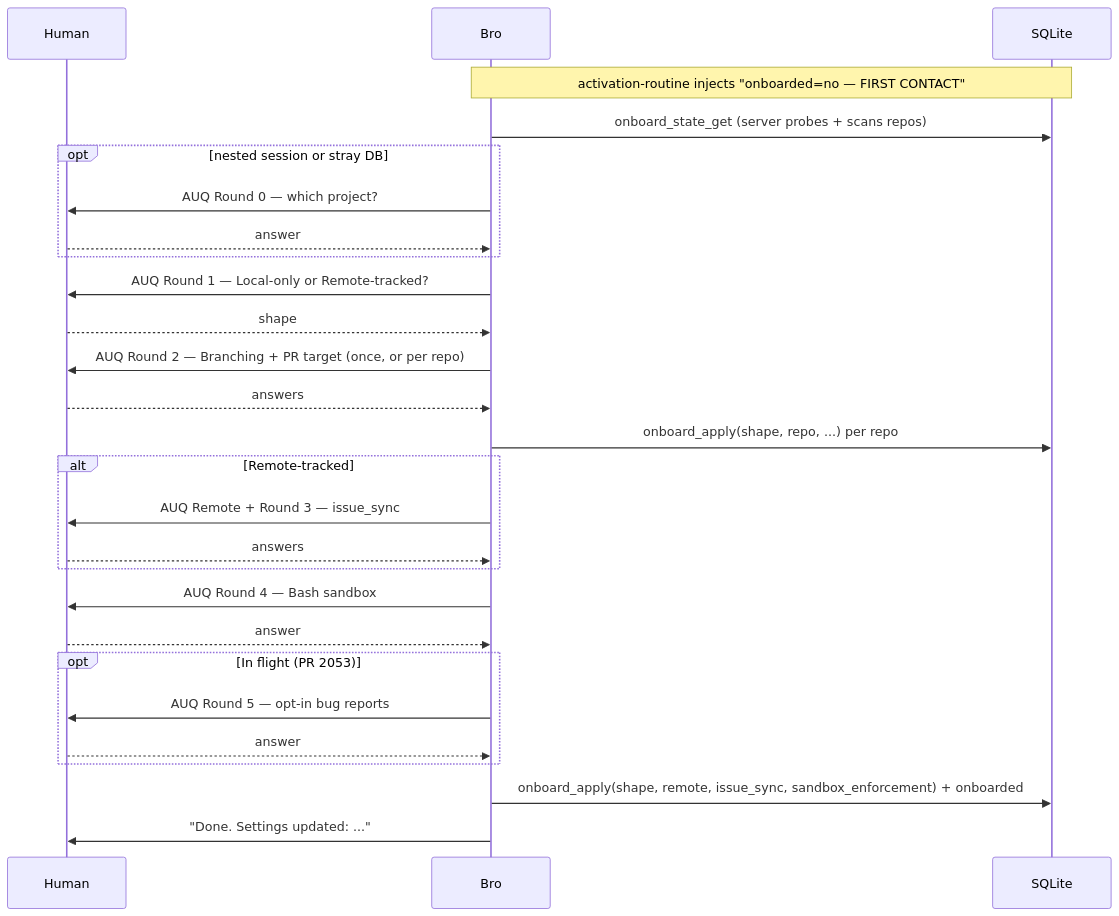
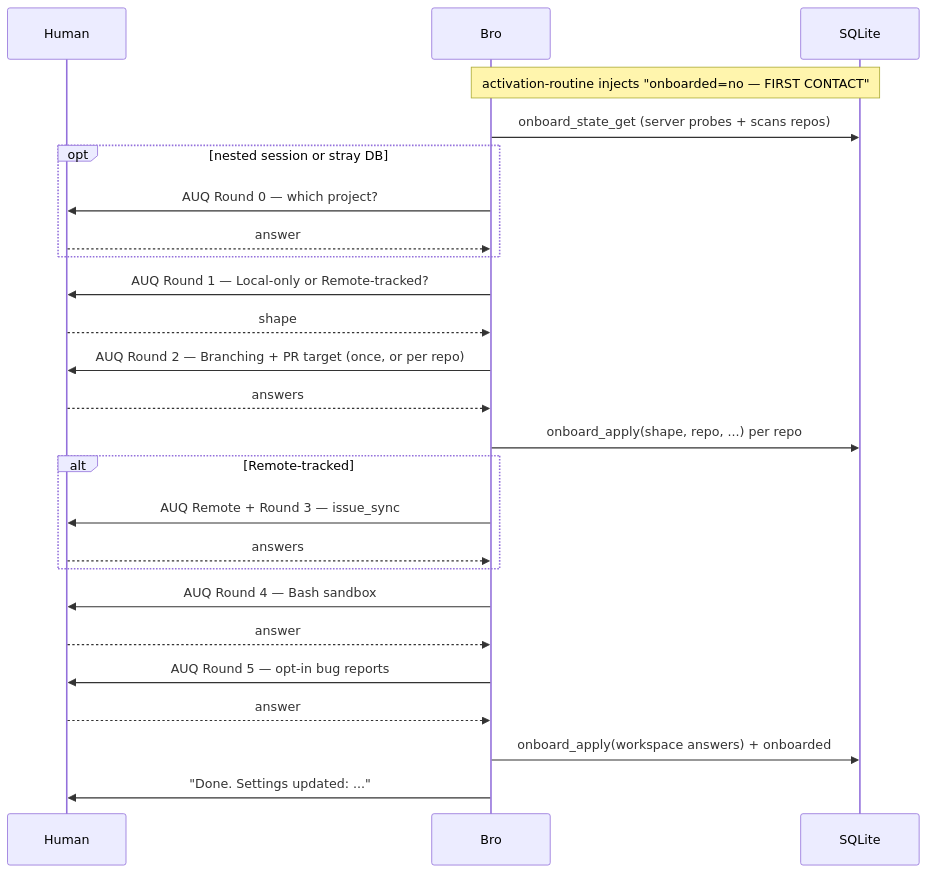
The second of 6 diagrams in docs/architecture/FLOWS.md (trustmybot/plugin), drawn with Mermaid before and after one commit. The commit also changed other lines of this file and 8 other files, not shown here.

Commit message:
📝 docs(architecture): lift docs to architecture level, drop drifted detail (GH 2706)

````diff
--- a/docs/architecture/FLOWS.md
+++ b/docs/architecture/FLOWS.md
@@ -117,31 +100,29 @@
 ```mermaid
 sequenceDiagram
     participant H as Human
     participant G as Bro
     participant DB as SQLite
 
     Note over G,DB: activation-routine injects "onboarded=no — FIRST CONTACT"
 
     G->>DB: onboard_state_get (server probes + scans repos)
     opt nested session or stray DB
         G->>H: AUQ Round 0 — which project?
         H-->>G: answer
     end
     G->>H: AUQ Round 1 — Local-only or Remote-tracked?
     H-->>G: shape
     G->>H: AUQ Round 2 — Branching + PR target (once, or per repo)
     H-->>G: answers
     G->>DB: onboard_apply(shape, repo, ...) per repo
     alt Remote-tracked
         G->>H: AUQ Remote + Round 3 — issue_sync
         H-->>G: answers
     end
     G->>H: AUQ Round 4 — Bash sandbox
     H-->>G: answer
-    opt In flight (PR 2053)
-        G->>H: AUQ Round 5 — opt-in bug reports
-        H-->>G: answer
-    end
-    G->>DB: onboard_apply(shape, remote, issue_sync, sandbox_enforcement) + onboarded
+    G->>H: AUQ Round 5 — opt-in bug reports
+    H-->>G: answer
+    G->>DB: onboard_apply(workspace answers) + onboarded
     G->>H: "Done. Settings updated: ..."
 ```
````
